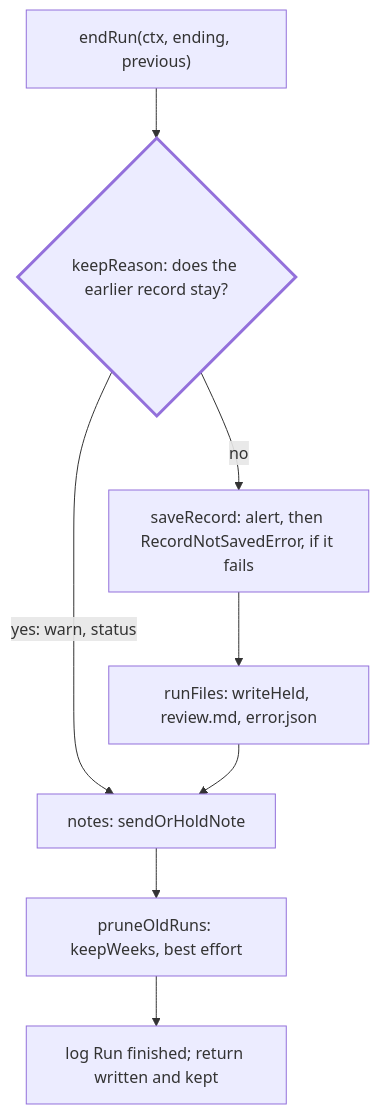
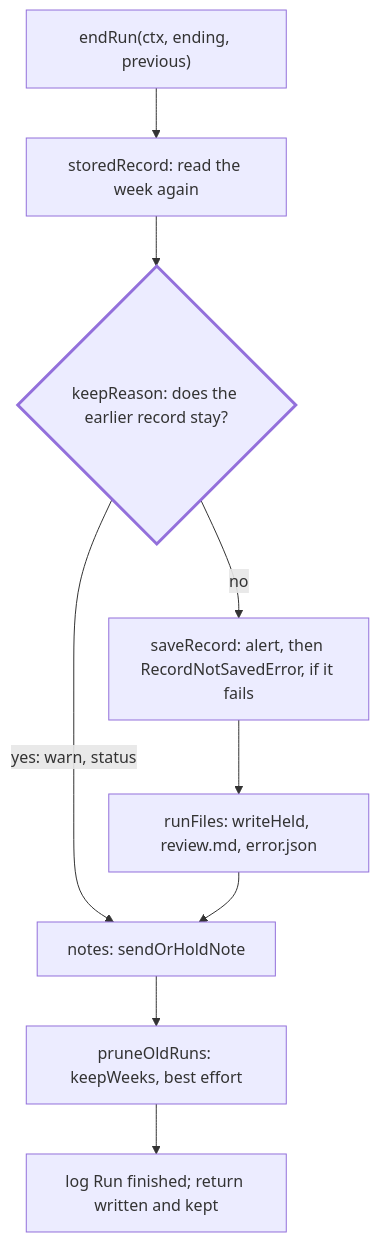
Before and after one commit to odere-pro/weekly-engineering-digest-agent: the diagram in src/digest/ending/CLAUDE.md, drawn with Mermaid. The commit also changed other lines of this file and 72 other files, not shown here.

````diff
--- a/src/digest/ending/CLAUDE.md
+++ b/src/digest/ending/CLAUDE.md
@@ -9,11 +9,12 @@
 ```mermaid
 flowchart TD
-  start["endRun(ctx, ending, previous)"] --> keep{"keepReason: does the earlier record stay?"}:::focus
+  start["endRun(ctx, ending, previous)"] --> stored["storedRecord: read the week again"]
+  stored --> keep{"keepReason: does the earlier record stay?"}:::focus
   keep -->|"yes: warn, status"| notes
   keep -->|no| save["saveRecord: alert, then RecordNotSavedError, if it fails"]
   save --> held["runFiles: writeHeld, review.md, error.json"]
   held --> notes["notes: sendOrHoldNote"]
   notes --> prune["pruneOldRuns: keepWeeks, best effort"]
   prune --> done["log Run finished; return written and kept"]
   classDef focus stroke-width:3px
 ```
````
